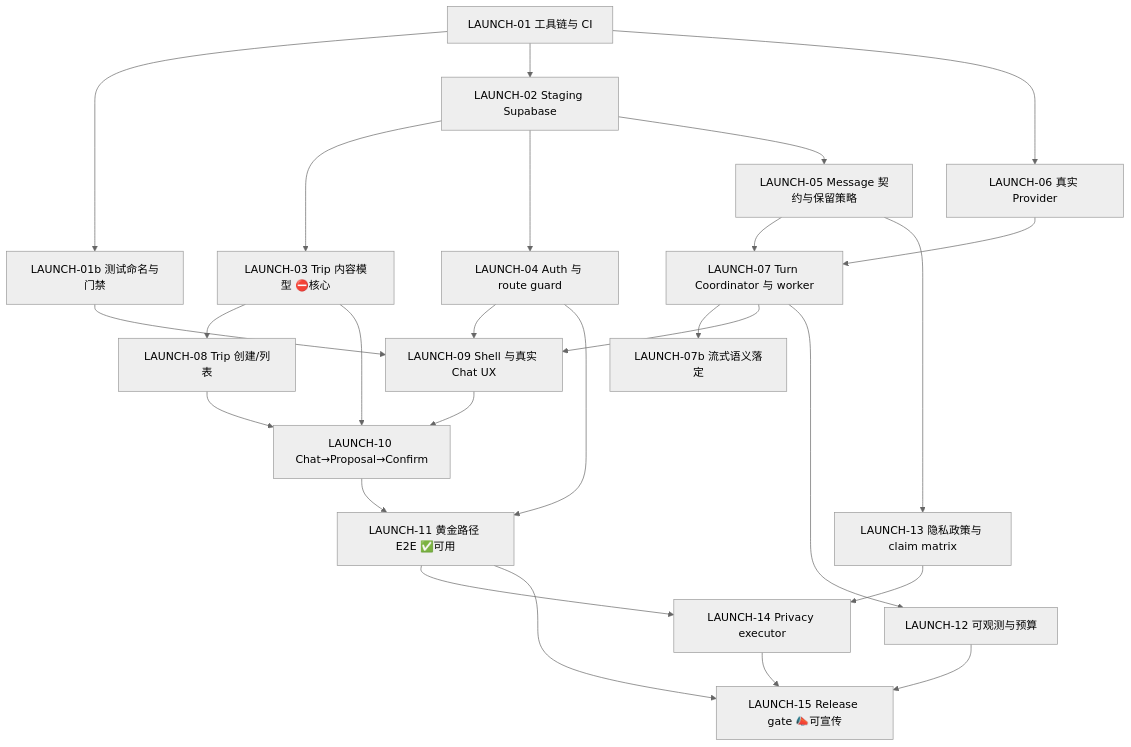
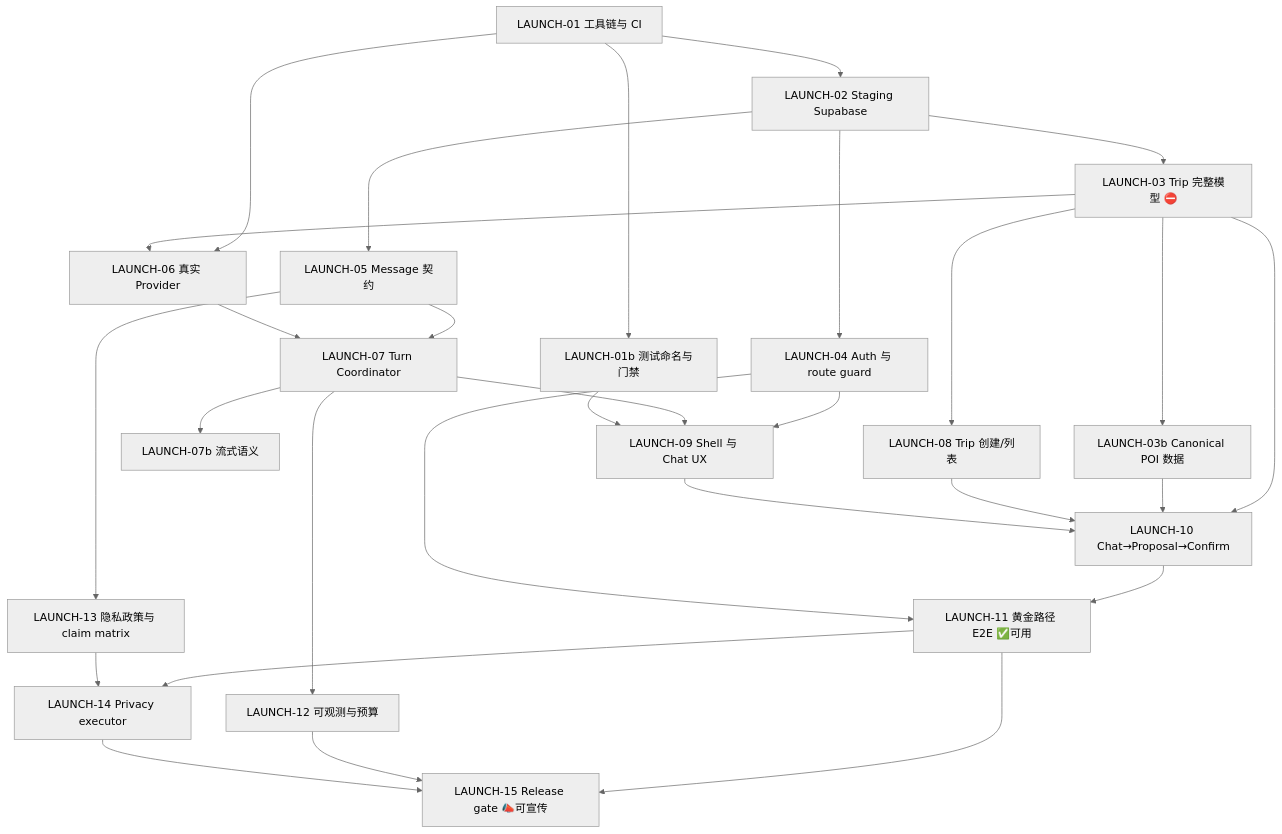
Before and after one commit to JTCAO515/VP-V4: the diagram in docs/vp-v4-closed-beta-launch-plan.md, drawn with Mermaid (neutral theme). The commit also changed other lines of this file, not shown here.

First line of the commit message:
docs: revise closed-beta plan for the full Trip model decision

````diff
--- a/docs/vp-v4-closed-beta-launch-plan.md
+++ b/docs/vp-v4-closed-beta-launch-plan.md
@@ -660,28 +565,31 @@
 ```mermaid
 flowchart TD
   CI[LAUNCH-01 工具链与 CI] --> CIB[LAUNCH-01b 测试命名与门禁]
   CI --> DB[LAUNCH-02 Staging Supabase]
-  DB --> MODEL[LAUNCH-03 Trip 内容模型 ⛔核心]
+  DB --> MODEL[LAUNCH-03 Trip 完整模型 ⛔]
+  MODEL --> POI[LAUNCH-03b Canonical POI 数据]
   DB --> AU[LAUNCH-04 Auth 与 route guard]
-  DB --> MSG[LAUNCH-05 Message 契约与保留策略]
+  DB --> MSG[LAUNCH-05 Message 契约]
   CI --> AI[LAUNCH-06 真实 Provider]
-  MSG --> TC[LAUNCH-07 Turn Coordinator 与 worker]
+  MODEL --> AI
+  MSG --> TC[LAUNCH-07 Turn Coordinator]
   AI --> TC
-  TC --> SSE[LAUNCH-07b 流式语义落定]
+  TC --> SSE[LAUNCH-07b 流式语义]
   MODEL --> TR[LAUNCH-08 Trip 创建/列表]
-  AU --> UI[LAUNCH-09 Shell 与真实 Chat UX]
+  AU --> UI[LAUNCH-09 Shell 与 Chat UX]
   TC --> UI
   CIB --> UI
   MODEL --> CP[LAUNCH-10 Chat→Proposal→Confirm]
+  POI --> CP
   TR --> CP
   UI --> CP
   CP --> GP[LAUNCH-11 黄金路径 E2E ✅可用]
   AU --> GP
   TC --> OBS[LAUNCH-12 可观测与预算]
   MSG --> LEGAL[LAUNCH-13 隐私政策与 claim matrix]
   GP --> PRIV[LAUNCH-14 Privacy executor]
   LEGAL --> PRIV
   GP --> REL[LAUNCH-15 Release gate 📣可宣传]
   OBS --> REL
   PRIV --> REL
 ```
````
